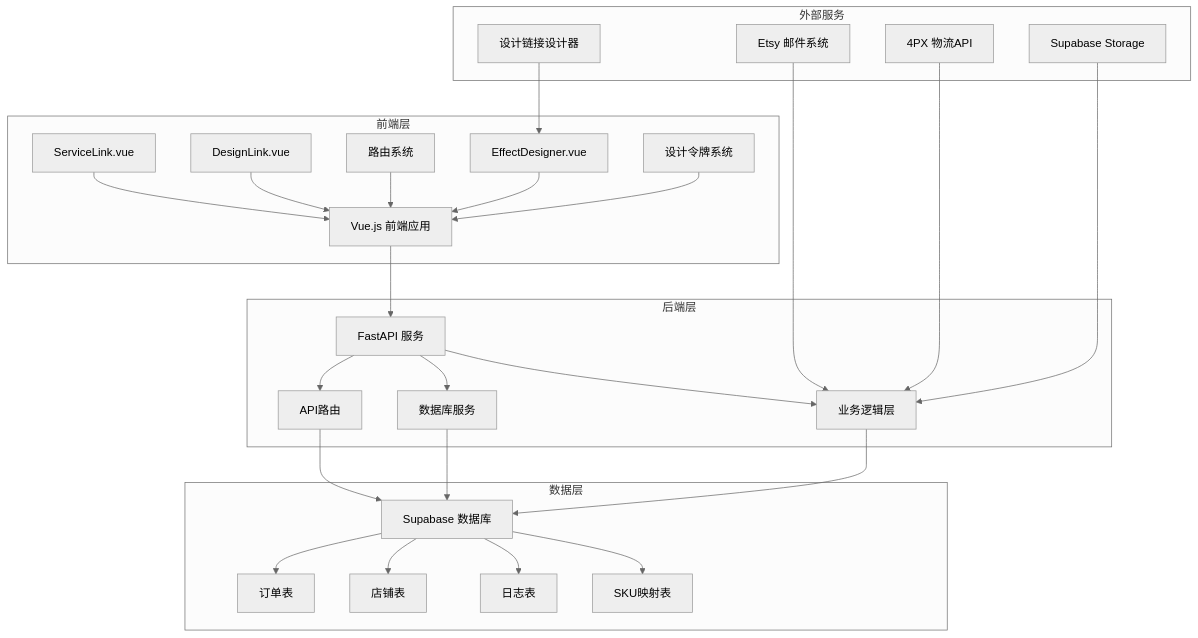
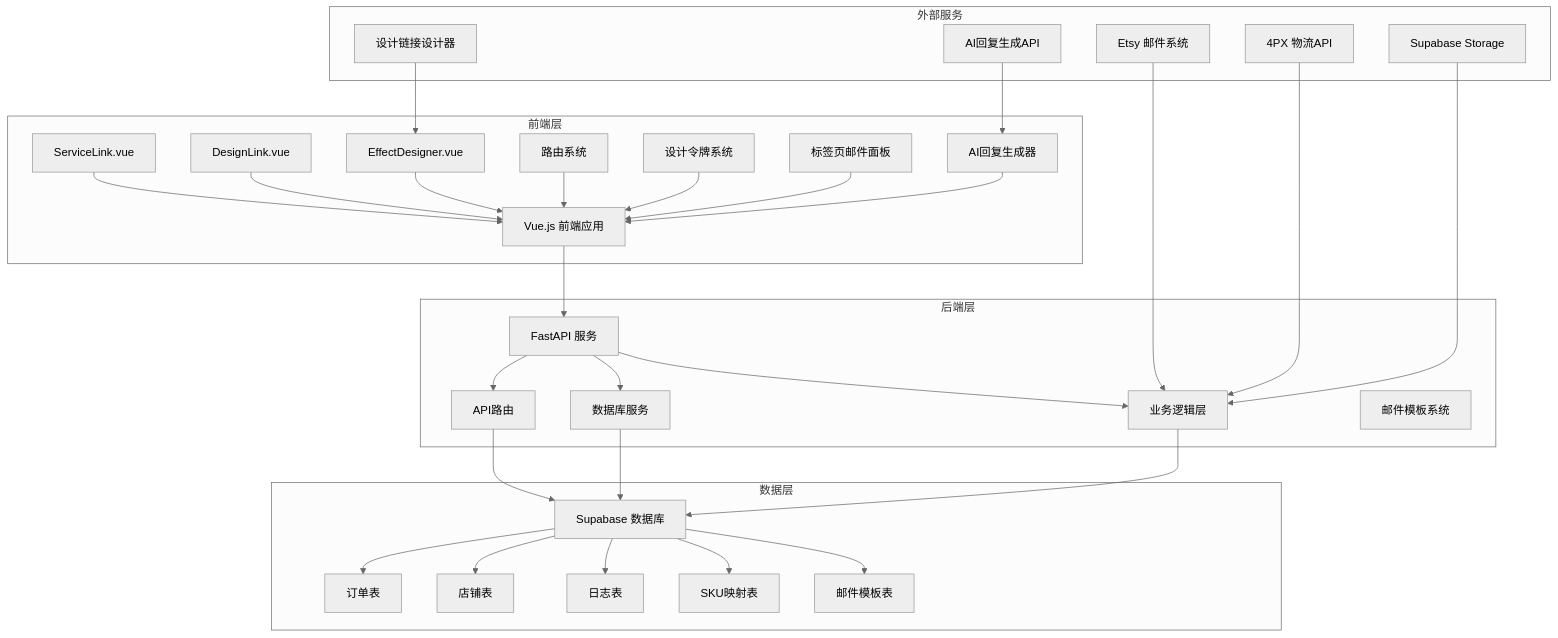
One commit to SY6621/POD-Order-Management changed the first of 14 diagrams in .qoder/repowiki/zh/content/开发指南/客服外链双链接系统.md. Above: the diagram before and after it, drawn with Mermaid (neutral theme). The commit also changed other lines of this file and 8 other files, not shown here.

````diff
--- a/.qoder/repowiki/zh/content/开发指南/客服外链双链接系统.md
+++ b/.qoder/repowiki/zh/content/开发指南/客服外链双链接系统.md
@@ -62,50 +72,59 @@
 ```mermaid
 graph TB
 subgraph "前端层"
 FE1[Vue.js 前端应用]
 FE2[ServiceLink.vue]
 FE3[DesignLink.vue]
-FE4[路由系统]
-FE5[EffectDesigner.vue]
+FE4[EffectDesigner.vue]
+FE5[路由系统]
 FE6[设计令牌系统]
+FE7[标签页邮件面板]
+FE8[AI回复生成器]
 end
 subgraph "后端层"
 BE1[FastAPI 服务]
 BE2[API路由]
 BE3[数据库服务]
 BE4[业务逻辑层]
+BE5[邮件模板系统]
 end
 subgraph "数据层"
 DB1[Supabase 数据库]
 DB2[订单表]
 DB3[店铺表]
 DB4[日志表]
 DB5[SKU映射表]
+DB6[邮件模板表]
 end
 subgraph "外部服务"
 ES1[Etsy 邮件系统]
 ES2[4PX 物流API]
 ES3[Supabase Storage]
 ES4[设计链接设计器]
+ES5[AI回复生成API]
 end
 FE1 --> BE1
 FE2 --> FE1
 FE3 --> FE1
 FE4 --> FE1
 FE5 --> FE1
 FE6 --> FE1
+FE7 --> FE1
+FE8 --> FE1
 BE1 --> BE2
 BE1 --> BE3
 BE1 --> BE4
 BE2 --> DB1
 BE3 --> DB1
 BE4 --> DB1
 DB1 --> DB2
 DB1 --> DB3
 DB1 --> DB4
 DB1 --> DB5
+DB1 --> DB6
 ES1 --> BE4
 ES2 --> BE4
 ES3 --> BE4
-ES4 --> FE5
+ES4 --> FE4
+ES5 --> FE8
 ```
````
